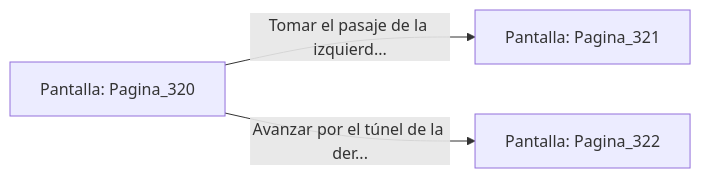
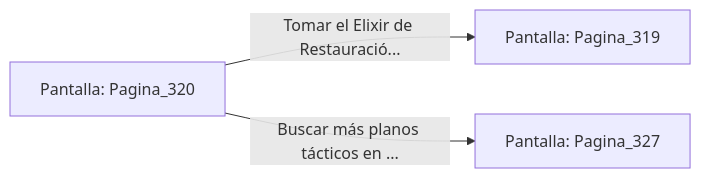
Before and after one commit to metsuke/mpl: the diagram in sample/eligejuego-vault/Pantalla_Pagina_320.md, drawn with Mermaid. The commit also changed other lines of this file and 635 other files, not shown here.

First line of the commit message:
fix: añadir Pagina_1 como pantalla inicial en capitulo_01.mpl

````diff
--- a/sample/eligejuego-vault/Pantalla_Pagina_320.md
+++ b/sample/eligejuego-vault/Pantalla_Pagina_320.md
@@ -20,6 +22,6 @@
 ```mermaid
 graph LR
     P_Pagina_320["Pantalla: Pagina_320"]
-    P_Pagina_320 -->|"Tomar el pasaje de la izquierd..."| P_Pagina_321["Pantalla: Pagina_321"]
-    P_Pagina_320 -->|"Avanzar por el túnel de la der..."| P_Pagina_322["Pantalla: Pagina_322"]
+    P_Pagina_320 -->|"Tomar el Elixir de Restauració..."| P_Pagina_319["Pantalla: Pagina_319"]
+    P_Pagina_320 -->|"Buscar más planos tácticos en ..."| P_Pagina_327["Pantalla: Pagina_327"]
 ```
````
